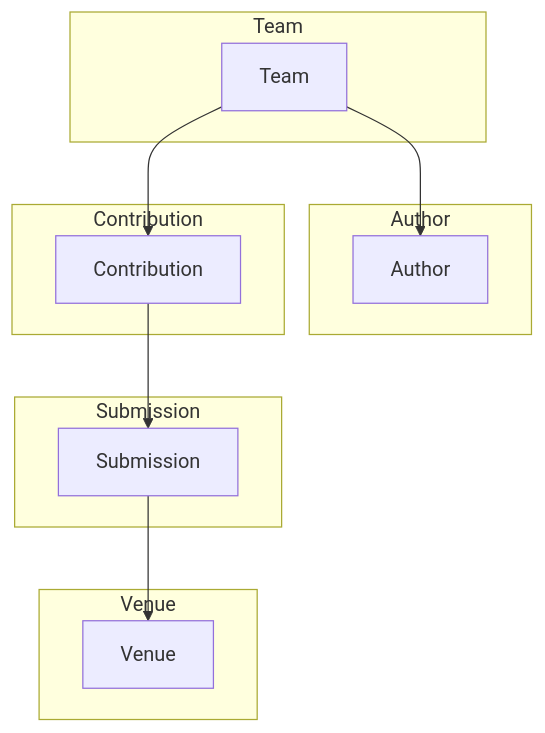
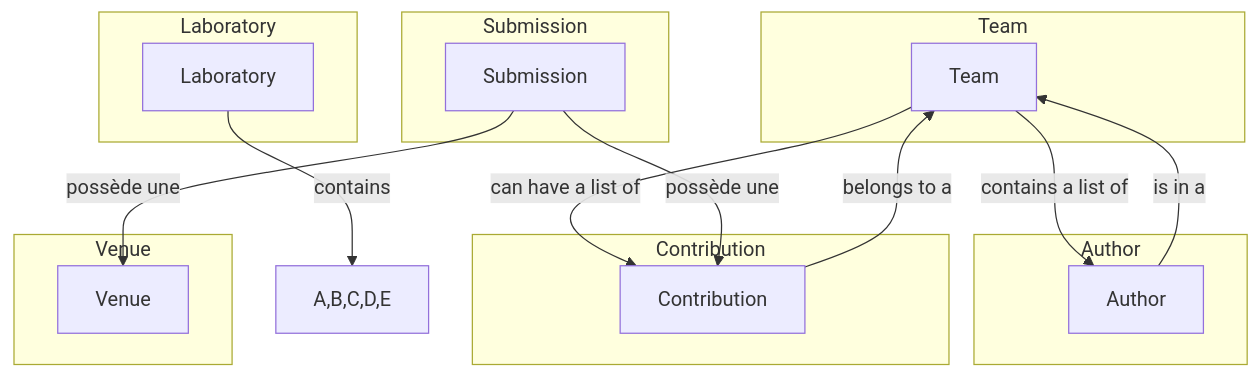
One commit to teovlt/nodeTP changed the diagram in README.md. Above: the diagram before and after it, drawn with Mermaid.

Commit message:
improve readme

````diff
--- a/README.md
+++ b/README.md
@@ -45,27 +45,35 @@
 ```mermaid
 graph TD
 subgraph "Team"
 A[Team]
 end
 
 subgraph "Author"
 B[Author]
 end
 
 subgraph "Contribution"
 C[Contribution]
 end
 
 subgraph "Submission"
 D[Submission]
 end
 
 subgraph "Venue"
 E[Venue]
 end
 
-A --> B
-A --> C
-C --> D
-D --> E
+subgraph "Laboratory"
+L[Laboratory]
+end
+
+A -->|contains a list of| B
+B -->|is in a| A
+A -->|can have a list of| C
+C -->|belongs to a| A
+D -->|possède une | E
+D -->|possède une | C
+L -->|contains| A,B,C,D,E
+
 ```
````
